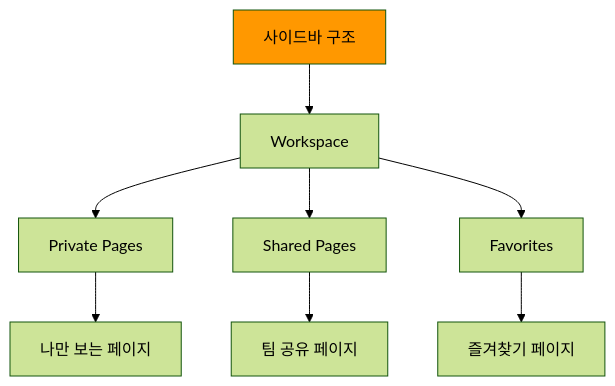
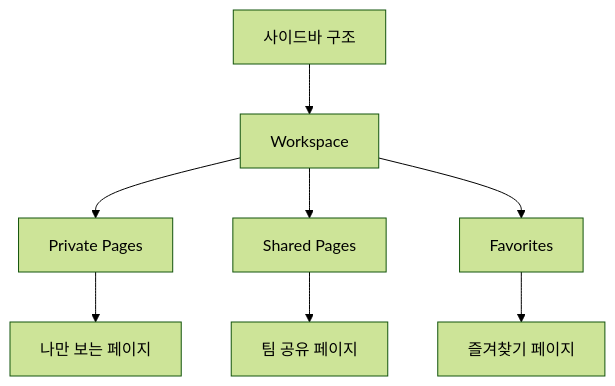
Diagram 15 of 26 in _md/genai-notion/chapter07/07-1.md (nugurejeil/weniVooks), drawn with Mermaid (forest theme) before and after one commit. The commit also changed other lines of this file and 187 other files, not shown here.

````diff
--- a/_md/genai-notion/chapter07/07-1.md
+++ b/_md/genai-notion/chapter07/07-1.md
@@ -463,13 +435,11 @@
 ```mermaid
 graph TD
     A[사이드바 구조] --> B[Workspace]
     B --> C[Private Pages]
     B --> D[Shared Pages]
     B --> E[Favorites]
 
     C --> C1[나만 보는 페이지]
     D --> D1[팀 공유 페이지]
     E --> E1[즐겨찾기 페이지]
-
-    style A fill:#FF9800,color:#000
 ```
````
